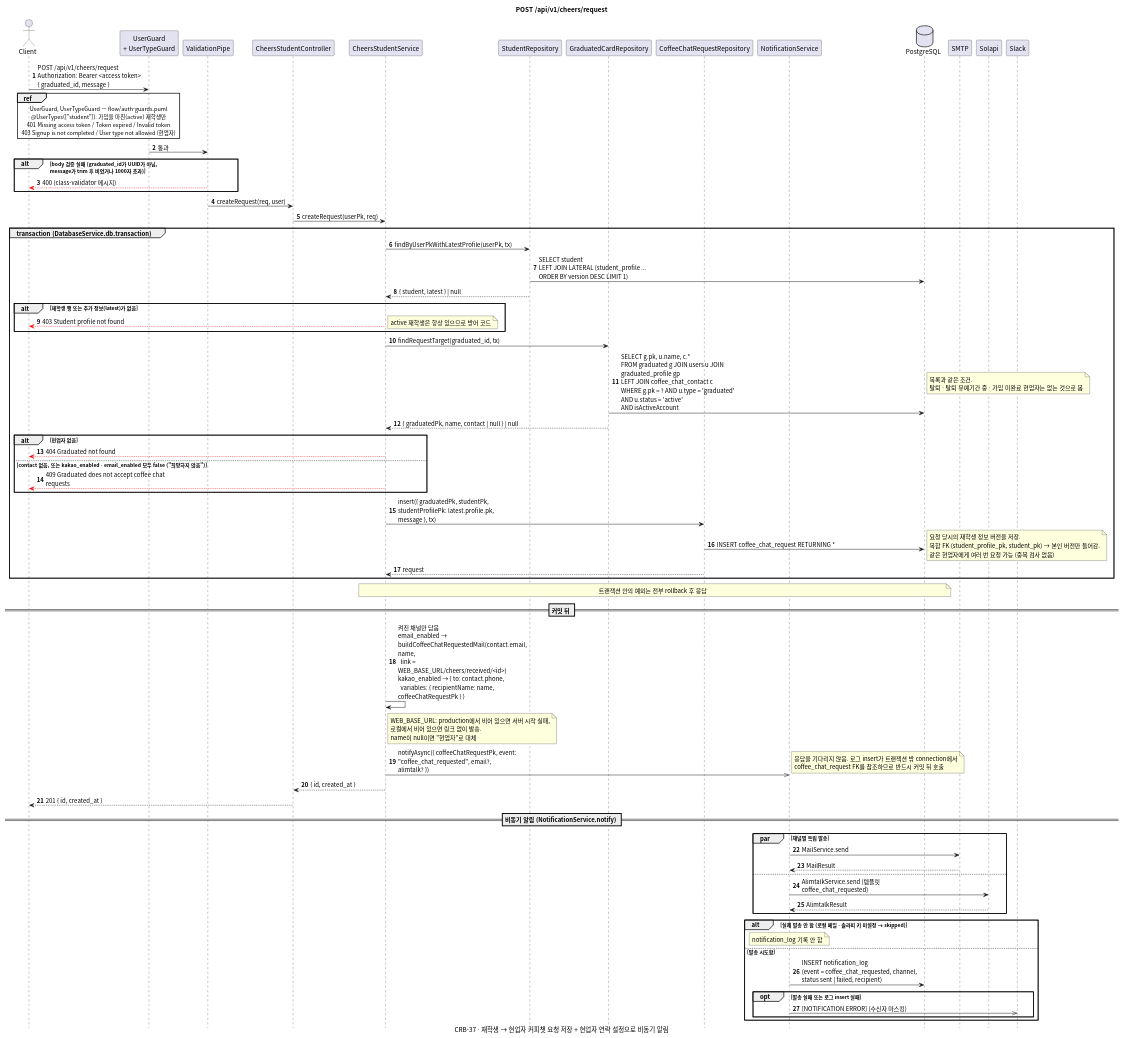
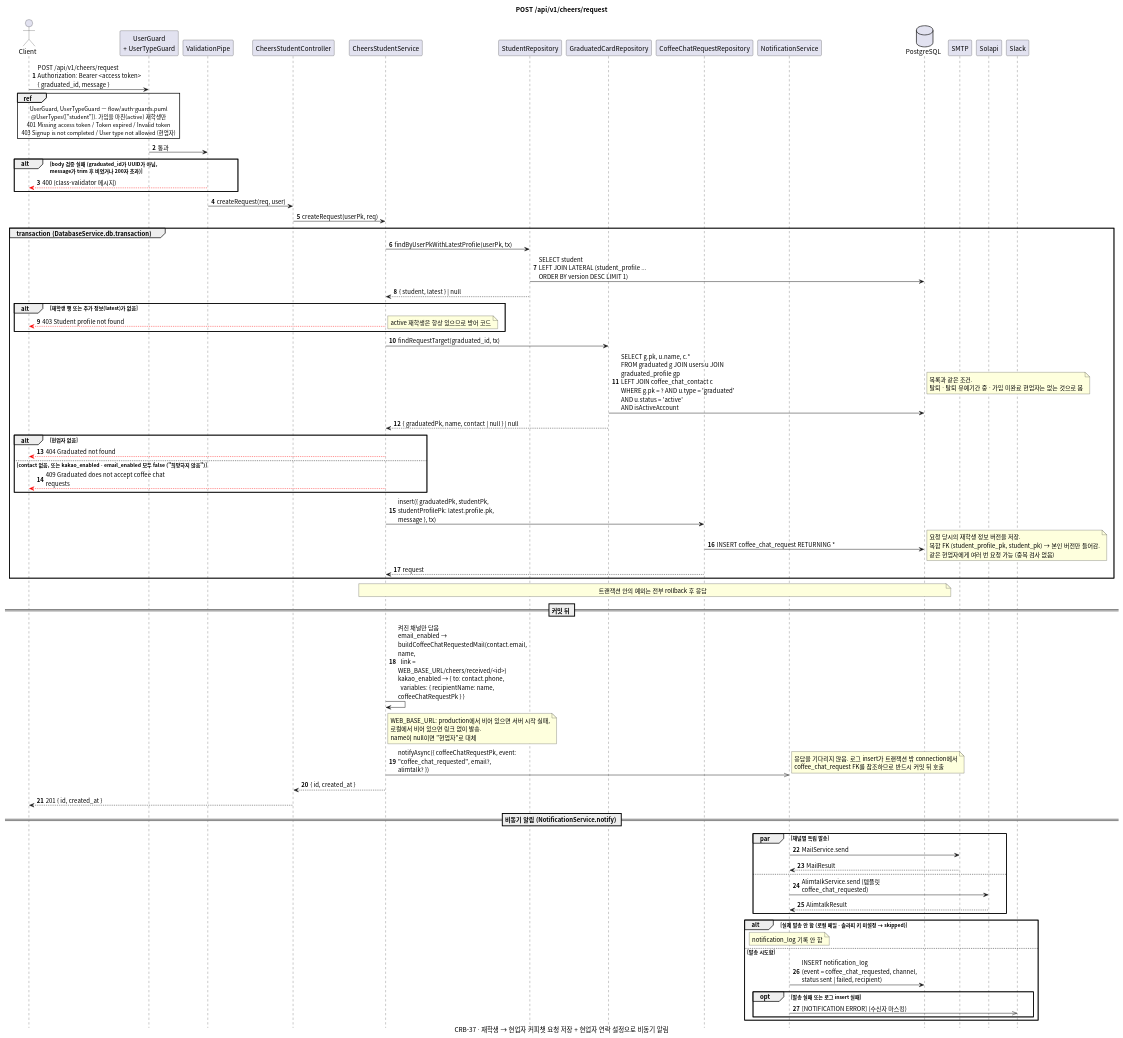
One commit to gsainfoteam/cheers-be changed the diagram in docs/sequence/cheers/post-cheers-request.puml. Above: the diagram before and after it, drawn with PlantUML. The commit also changed 2 other files, not shown here.

```diff
--- a/docs/sequence/cheers/post-cheers-request.puml
+++ b/docs/sequence/cheers/post-cheers-request.puml
@@ -1,106 +1,106 @@
 @startuml post-cheers-request
 skinparam defaultFontName "Apple SD Gothic Neo", "Noto Sans CJK KR", sans-serif
 skinparam responseMessageBelowArrow true
 skinparam sequenceMessageAlign left
 skinparam maxMessageSize 260
 skinparam BoxPadding 8
 skinparam shadowing false
 autonumber
 hide footbox
 
 title POST /api/v1/cheers/request
 caption CRB-37 · 재학생 → 현업자 커피챗 요청 저장 + 현업자 연락 설정으로 비동기 알림
 
 actor Client
 participant "UserGuard\n+ UserTypeGuard" as Guard
 participant "ValidationPipe" as Pipe
 participant "CheersStudentController" as Controller
 participant "CheersStudentService" as Service
 participant "StudentRepository" as StudentRepository
 participant "GraduatedCardRepository" as GraduatedCardRepository
 participant "CoffeeChatRequestRepository" as CoffeeChatRequestRepository
 participant "NotificationService" as NotificationService
 database PostgreSQL
 participant "SMTP"
 participant "Solapi"
 participant "Slack"
 
 Client -> Guard: POST /api/v1/cheers/request\nAuthorization: Bearer <access token>\n{ graduated_id, message }
 ref over Client, Guard
   UserGuard, UserTypeGuard — flow/auth-guards.puml
   @UserTypes(["student"]). 가입을 마친(active) 재학생만
   401 Missing access token / Token expired / Invalid token
   403 Signup is not completed / User type not allowed (현업자)
 end ref
 Guard -> Pipe: 통과
-alt body 검증 실패 (graduated_id가 UUID가 아님,\nmessage가 trim 후 비었거나 1000자 초과)
+alt body 검증 실패 (graduated_id가 UUID가 아님,\nmessage가 trim 후 비었거나 200자 초과)
   Pipe -[#red]-> Client: 400 (class-validator 메시지)
 end
 Pipe -> Controller: createRequest(req, user)
 Controller -> Service: createRequest(userPk, req)
 
 group transaction (DatabaseService.db.transaction)
   Service -> StudentRepository: findByUserPkWithLatestProfile(userPk, tx)
   StudentRepository -> PostgreSQL: SELECT student\nLEFT JOIN LATERAL (student_profile ...\nORDER BY version DESC LIMIT 1)
   StudentRepository --> Service: { student, latest } | null
   alt 재학생 행 또는 추가 정보(latest)가 없음
     Service -[#red]-> Client: 403 Student profile not found
     note right: active 재학생은 항상 있으므로 방어 코드
   end
 
   Service -> GraduatedCardRepository: findRequestTarget(graduated_id, tx)
   GraduatedCardRepository -> PostgreSQL: SELECT g.pk, u.name, c.*\nFROM graduated g JOIN users u JOIN graduated_profile gp\nLEFT JOIN coffee_chat_contact c\nWHERE g.pk = ? AND u.type = 'graduated' AND u.status = 'active'\nAND isActiveAccount
   note right: 목록과 같은 조건.\n탈퇴 · 탈퇴 유예기간 중 · 가입 미완료 현업자는 없는 것으로 봄
   GraduatedCardRepository --> Service: { graduatedPk, name, contact | null } | null
   alt 현업자 없음
     Service -[#red]-> Client: 404 Graduated not found
   else contact 없음, 또는 kakao_enabled · email_enabled 모두 false ("희망하지 않음")
     Service -[#red]-> Client: 409 Graduated does not accept coffee chat requests
   end
 
   Service -> CoffeeChatRequestRepository: insert({ graduatedPk, studentPk,\nstudentProfilePk: latest.profile.pk, message }, tx)
   CoffeeChatRequestRepository -> PostgreSQL: INSERT coffee_chat_request RETURNING *
   note right
     요청 당시의 재학생 정보 버전을 저장.
     복합 FK (student_profile_pk, student_pk) → 본인 버전만 들어감.
     같은 현업자에게 여러 번 요청 가능 (중복 검사 없음)
   end note
   CoffeeChatRequestRepository --> Service: request
 end
 note over Service, PostgreSQL: 트랜잭션 안의 예외는 전부 rollback 후 응답
 
 == 커밋 뒤 ==
 
 Service -> Service: 켜진 채널만 담음\nemail_enabled → buildCoffeeChatRequestedMail(contact.email, name,\n  link = WEB_BASE_URL/cheers/received/<id>)\nkakao_enabled → { to: contact.phone,\n  variables: { recipientName: name, coffeeChatRequestPk } }
 note right of Service
   WEB_BASE_URL: production에서 비어 있으면 서버 시작 실패,
   로컬에서 비어 있으면 링크 없이 발송.
   name이 null이면 "현업자"로 대체
 end note
 Service ->> NotificationService: notifyAsync({ coffeeChatRequestPk, event: "coffee_chat_requested", email?, alimtalk? })
 note right
   응답을 기다리지 않음. 로그 insert가 트랜잭션 밖 connection에서
   coffee_chat_request FK를 참조하므로 반드시 커밋 뒤 호출
 end note
 Service --> Controller: { id, created_at }
 Controller --> Client: 201 { id, created_at }
 
 == 비동기 알림 (NotificationService.notify) ==
 
 par 채널별 독립 발송
   NotificationService -> SMTP: MailService.send
   SMTP --> NotificationService: MailResult
 else
   NotificationService -> Solapi: AlimtalkService.send (템플릿 coffee_chat_requested)
   Solapi --> NotificationService: AlimtalkResult
 end
 alt 실제 발송 안 함 (로컬 메일 · 솔라피 키 미설정 → skipped)
   note over NotificationService: notification_log 기록 안 함
 else 발송 시도함
   NotificationService -> PostgreSQL: INSERT notification_log\n(event = coffee_chat_requested, channel, status sent | failed, recipient)
   opt 발송 실패 또는 로그 insert 실패
     NotificationService ->> Slack: [NOTIFICATION ERROR] (수신자 마스킹)
   end
 end
 
 @enduml
```
